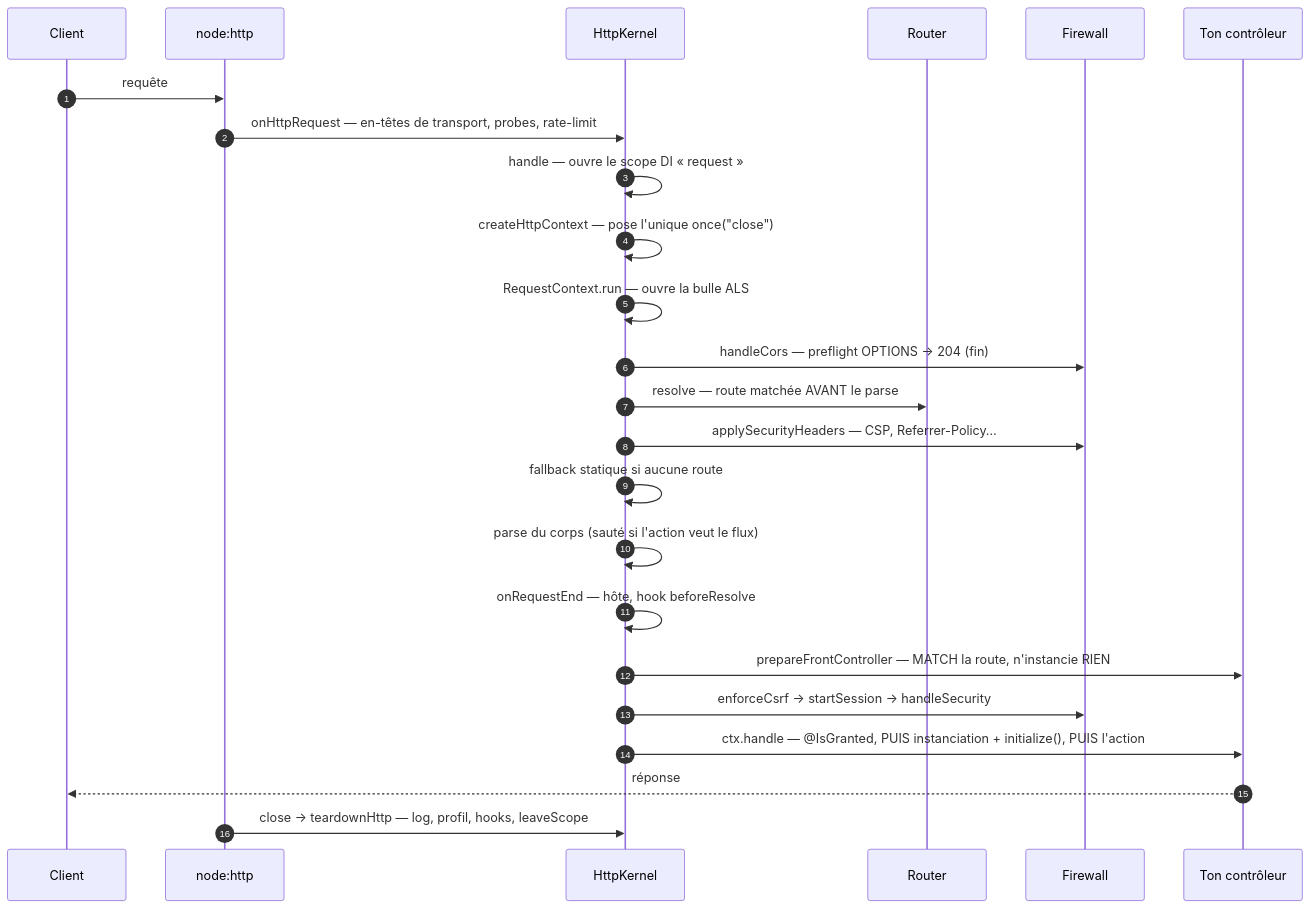
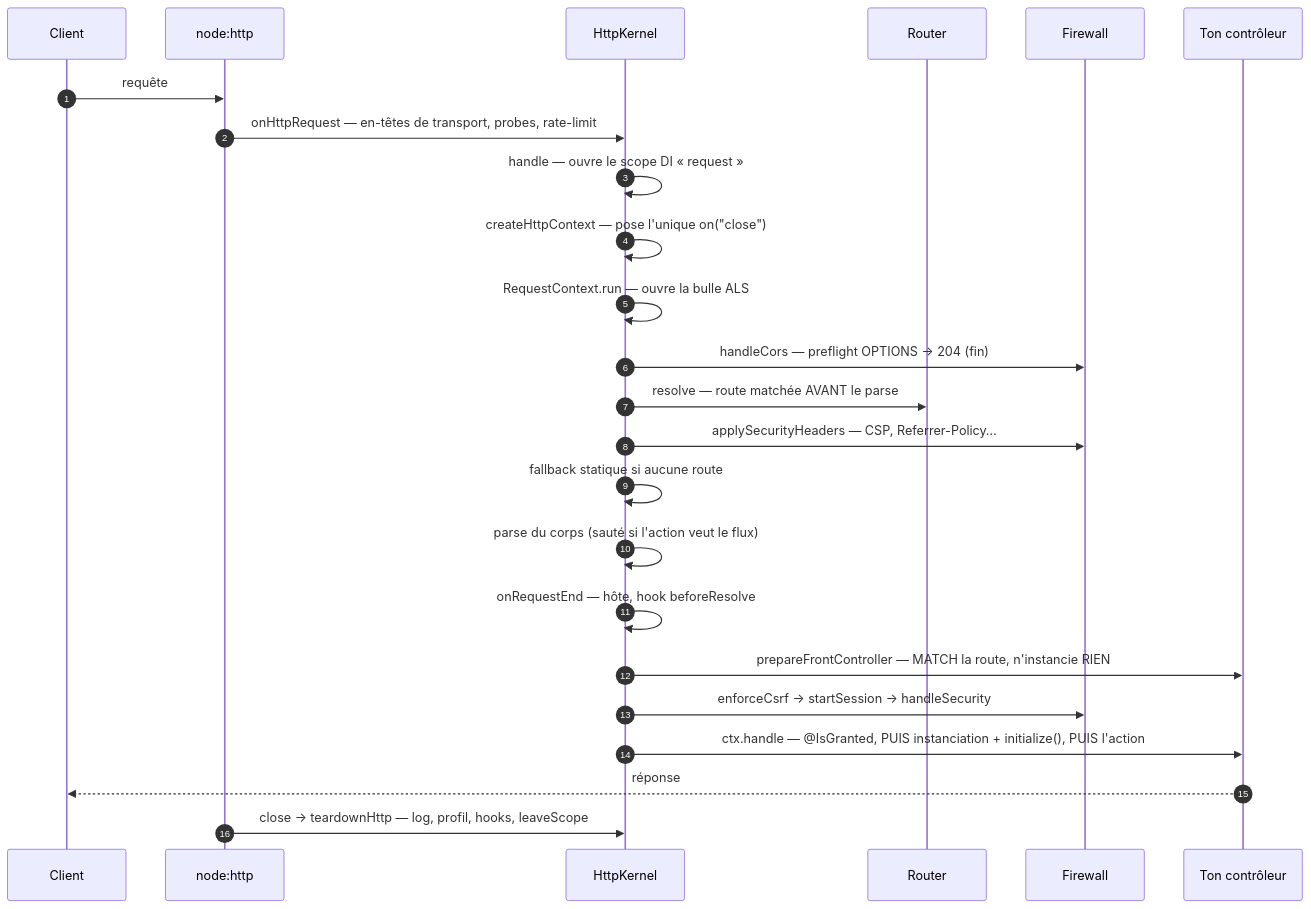
One commit to nodefony/nodefony-core changed the second of 4 diagrams in docs/architecture/pipeline-requete.md. Above: the diagram before and after it, drawn with Mermaid. The commit also changed other lines of this file and 32 other files, not shown here.

````diff
--- a/docs/architecture/pipeline-requete.md
+++ b/docs/architecture/pipeline-requete.md
@@ -234,26 +234,26 @@
 ```mermaid
 sequenceDiagram
   autonumber
   participant C as Client
   participant S as node:http
   participant K as HttpKernel
   participant R as Router
   participant F as Firewall
   participant A as Ton contrôleur
   C->>S: requête
   S->>K: onHttpRequest — en-têtes de transport, probes, rate-limit
   K->>K: handle — ouvre le scope DI « request »
-  K->>K: createHttpContext — pose l'unique once("close")
+  K->>K: createHttpContext — pose l'unique on("close")
   K->>K: RequestContext.run — ouvre la bulle ALS
   K->>F: handleCors — preflight OPTIONS → 204 (fin)
   K->>R: resolve — route matchée AVANT le parse
   K->>F: applySecurityHeaders — CSP, Referrer-Policy…
   K->>K: fallback statique si aucune route
   K->>K: parse du corps (sauté si l'action veut le flux)
   K->>K: onRequestEnd — hôte, hook beforeResolve
   K->>A: prepareFrontController — MATCH la route, n'instancie RIEN
   K->>F: enforceCsrf → startSession → handleSecurity
   K->>A: ctx.handle — @IsGranted, PUIS instanciation + initialize(), PUIS l'action
   A-->>C: réponse
   S->>K: close → teardownHttp — log, profil, hooks, leaveScope
 ```
````
